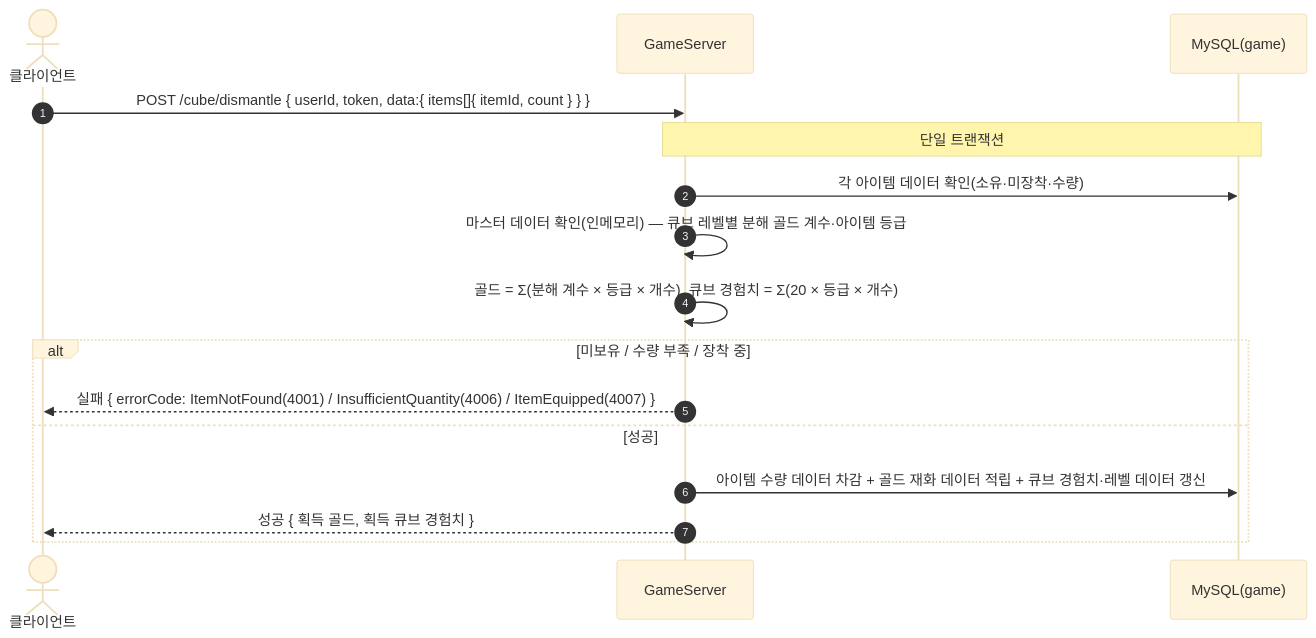
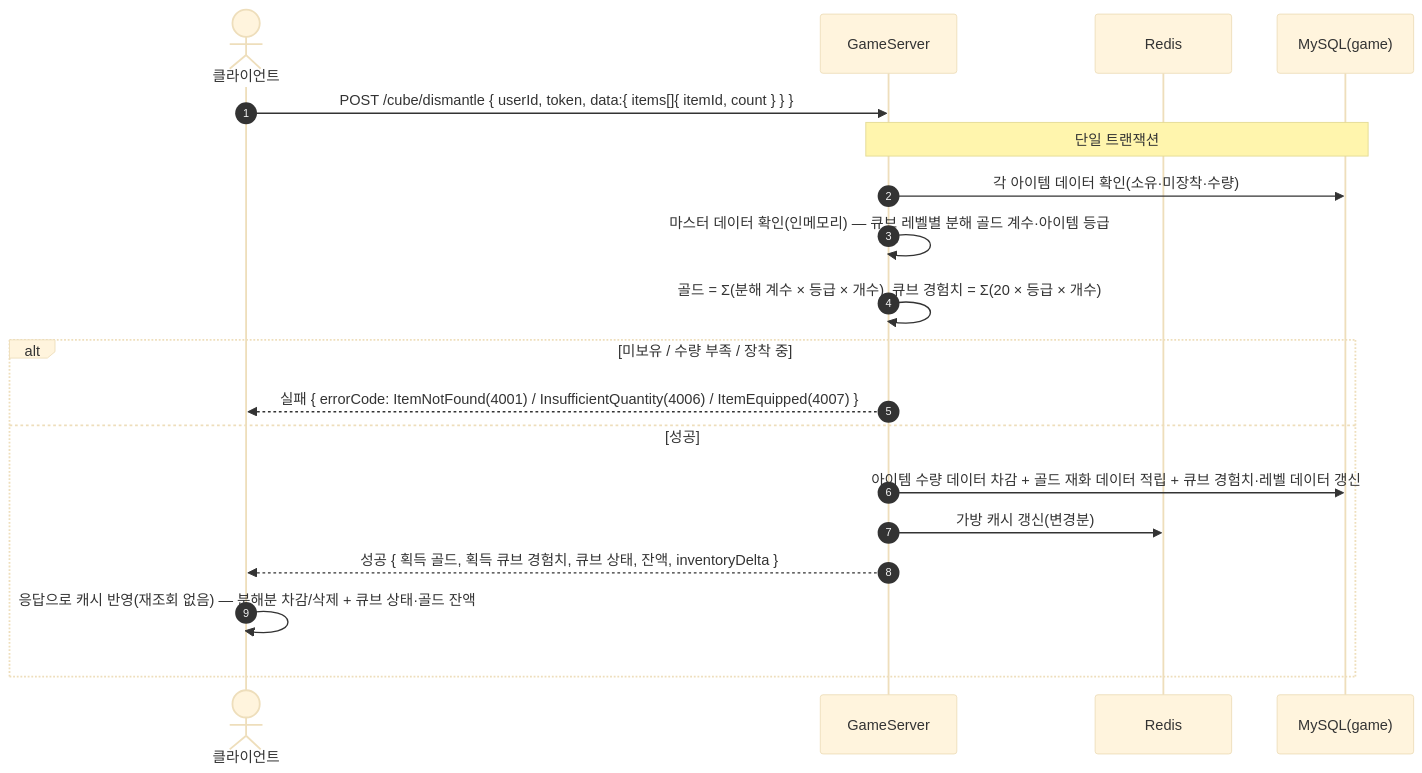
Before and after one commit to ks-wook/com2us-taskbar-hero: diagram 19 of 35 in SequenceDiagram/README.md, drawn with Mermaid (base theme). The commit also changed other lines of this file and 13 other files, not shown here.

````diff
--- a/SequenceDiagram/README.md
+++ b/SequenceDiagram/README.md
@@ -598,19 +632,22 @@
 ```mermaid
 sequenceDiagram
     autonumber
     actor C as 클라이언트
     participant S as GameServer
+    participant R as Redis
     participant DB as MySQL(game)
 
     C->>S: POST /cube/dismantle { userId, token, data:{ items[]{ itemId, count } } }
     Note over S,DB: 단일 트랜잭션
     S->>DB: 각 아이템 데이터 확인(소유·미장착·수량)
     S->>S: 마스터 데이터 확인(인메모리) — 큐브 레벨별 분해 골드 계수·아이템 등급
     S->>S: 골드 = Σ(분해 계수 × 등급 × 개수), 큐브 경험치 = Σ(20 × 등급 × 개수)
     alt 미보유 / 수량 부족 / 장착 중
         S-->>C: 실패 { errorCode: ItemNotFound(4001) / InsufficientQuantity(4006) / ItemEquipped(4007) }
     else 성공
         S->>DB: 아이템 수량 데이터 차감 + 골드 재화 데이터 적립 + 큐브 경험치·레벨 데이터 갱신
-        S-->>C: 성공 { 획득 골드, 획득 큐브 경험치 }
+        S->>R: 가방 캐시 갱신(변경분)
+        S-->>C: 성공 { 획득 골드, 획득 큐브 경험치, 큐브 상태, 잔액, inventoryDelta }
+        C->>C: 응답으로 캐시 반영(재조회 없음) — 분해분 차감/삭제 + 큐브 상태·골드 잔액
     end
 ```
````
